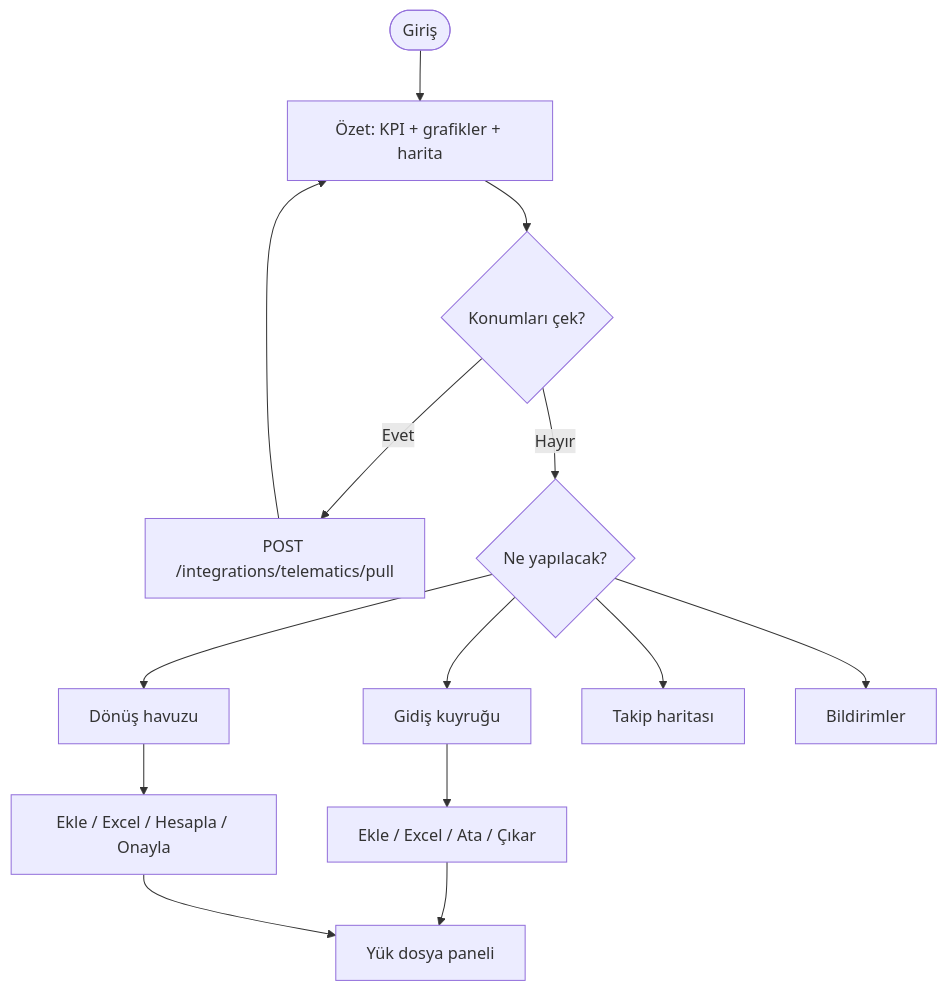
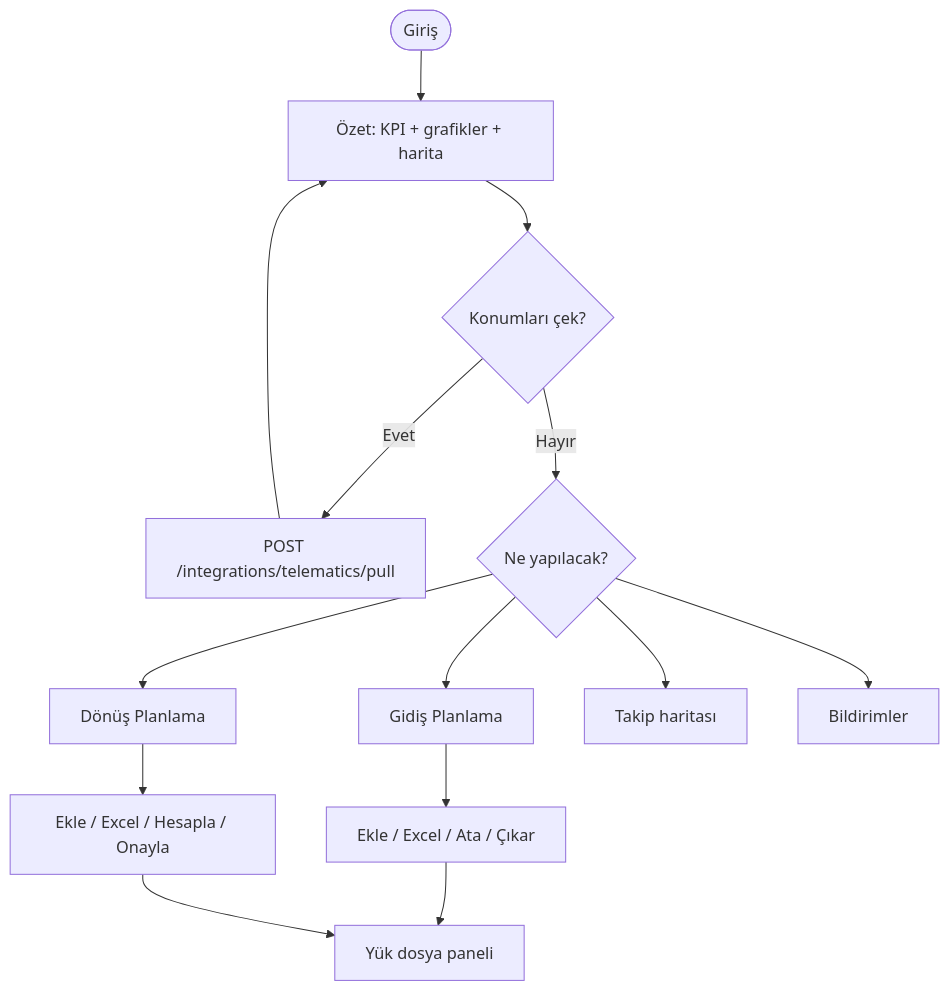
One commit to muslumcanozata/backhaul changed the third of 15 diagrams in docs/workflow.md. Above: the diagram before and after it, drawn with Mermaid. The commit also changed other lines of this file and 53 other files, not shown here.

````diff
--- a/docs/workflow.md
+++ b/docs/workflow.md
@@ -103,16 +103,16 @@
 ```mermaid
 flowchart TD
   Start([Giriş]) --> Ozet[Özet: KPI + grafikler + harita]
   Ozet --> Pull{Konumları çek?}
   Pull -->|Evet| Arvento[POST /integrations/telematics/pull]
   Arvento --> Ozet
   Pull -->|Hayır| Branch{Ne yapılacak?}
-  Branch --> Gidis[Gidiş kuyruğu]
-  Branch --> Donus[Dönüş havuzu]
+  Branch --> Gidis[Gidiş Planlama]
+  Branch --> Donus[Dönüş Planlama]
   Branch --> Takip[Takip haritası]
   Branch --> Uyari[Bildirimler]
   Gidis --> GidisIs[Ekle / Excel / Ata / Çıkar]
   Donus --> DonusIs[Ekle / Excel / Hesapla / Onayla]
   GidisIs --> Dosya[Yük dosya paneli]
   DonusIs --> Dosya
 ```
````
